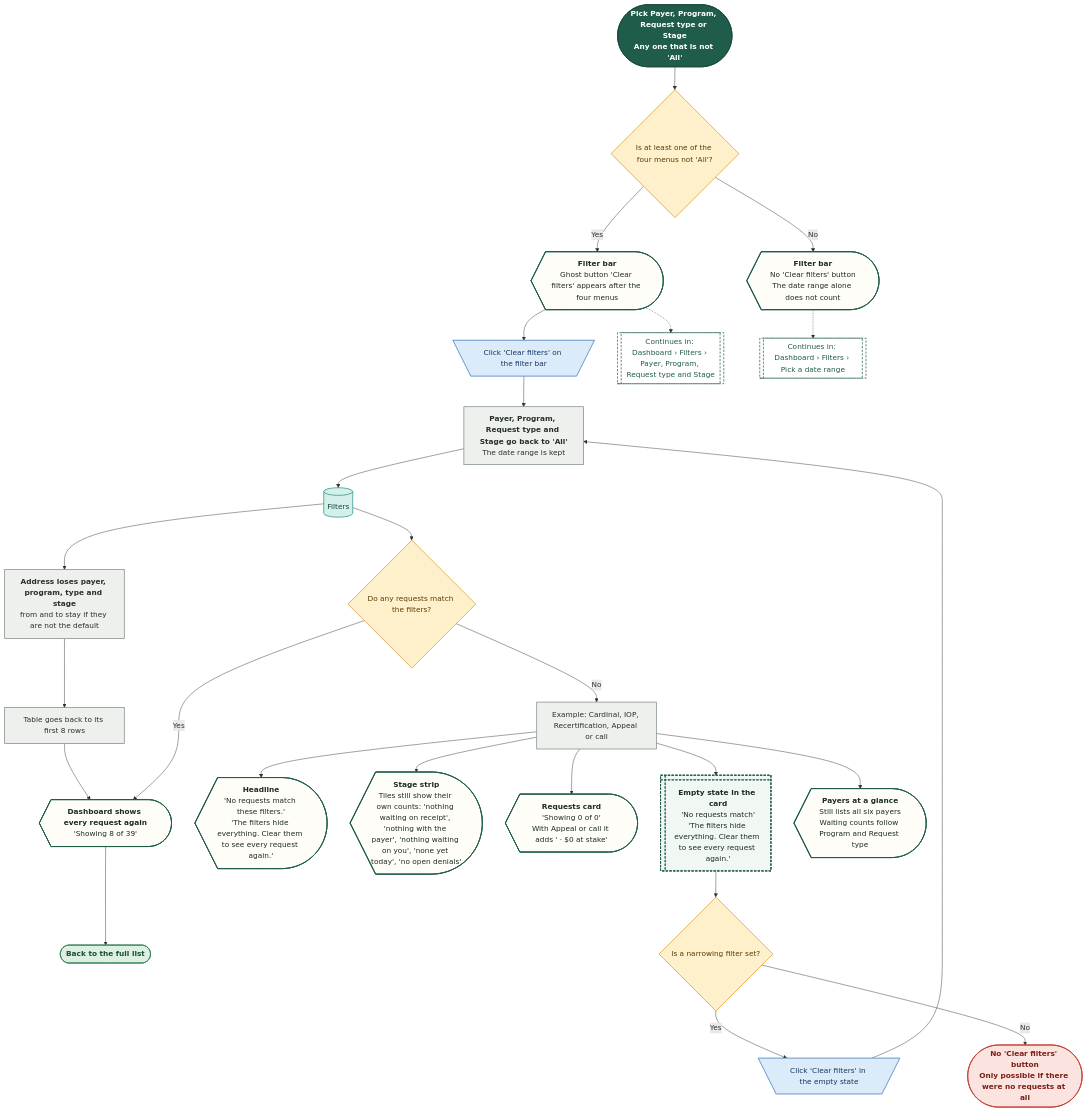
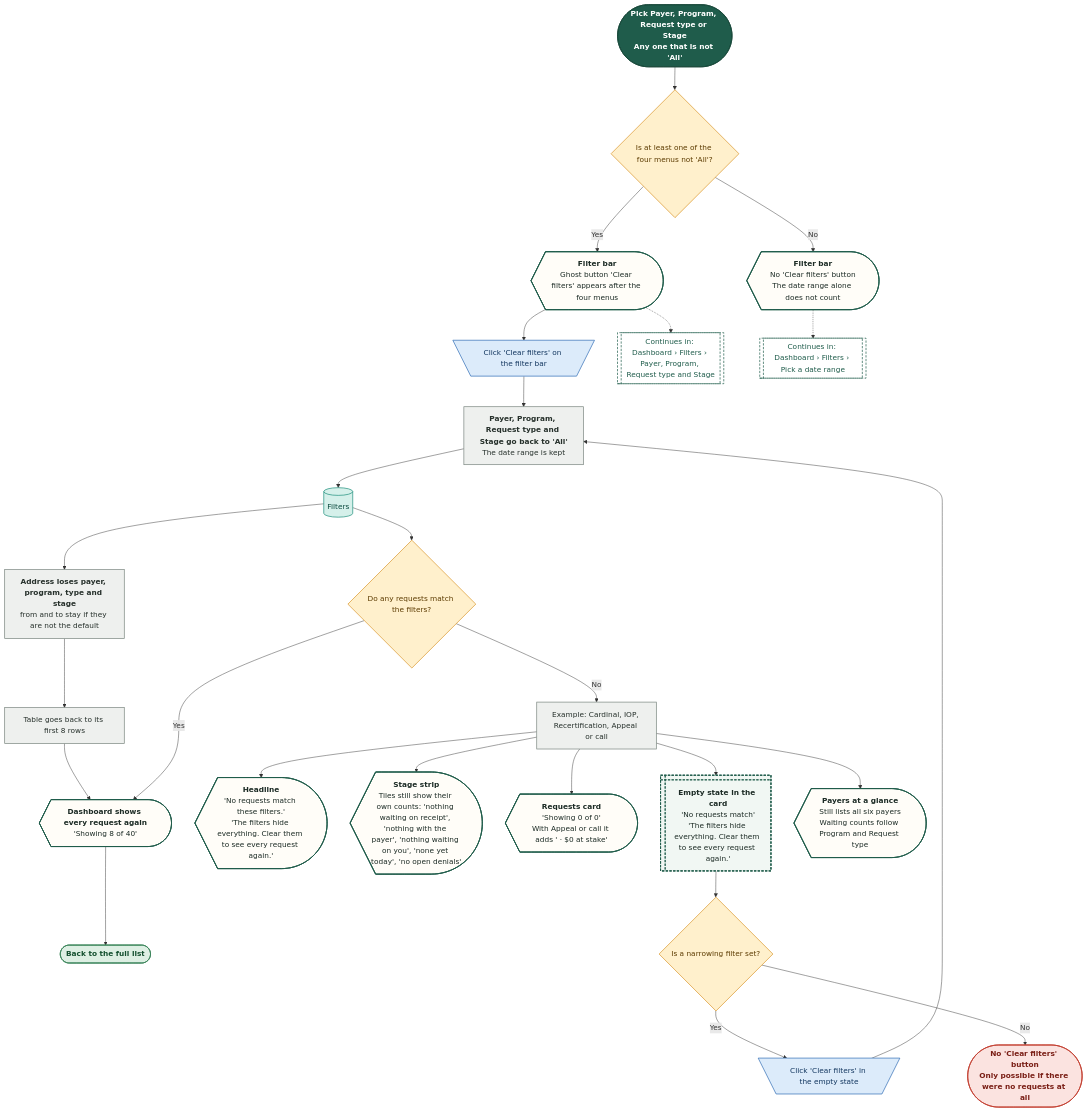
One commit to Shrav143/psyfloapp changed the seventh of 19 diagrams in demos/prior-auth-demo/workflows/out/md/02-dashboard.md. Above: the diagram before and after it, drawn with Mermaid. The commit also changed other lines of this file and 195 other files, not shown here.

First line of the commit message:
docs: Rebuild workflow diagrams after the demo fixes (220 diagrams)

````diff
--- a/demos/prior-auth-demo/workflows/out/md/02-dashboard.md
+++ b/demos/prior-auth-demo/workflows/out/md/02-dashboard.md
@@ -489,64 +508,64 @@
 ```mermaid
 %%{init: {"theme":"base","themeVariables":{"fontFamily":"'DM Sans', 'Segoe UI', system-ui, sans-serif","fontSize":"15px","lineColor":"#5B6B63","primaryTextColor":"#1C2B25","clusterBkg":"#FBF8F3","clusterBorder":"#D9CDBB","edgeLabelBackground":"#FFFFFF"},"flowchart":{"curve":"basis","nodeSpacing":36,"rankSpacing":48,"padding":12,"htmlLabels":true,"useMaxWidth":false,"wrappingWidth":230}} }%%
 flowchart TD
   classDef k_start fill:#1F5C4B,stroke:#174638,color:#FFFFFF,stroke-width:1.5px,font-weight:600
   classDef k_end fill:#DDEFE3,stroke:#2E7D4F,color:#14502F,stroke-width:1.5px,font-weight:600
   classDef k_endx fill:#FBE3E0,stroke:#C0392B,color:#7A1F16,stroke-width:1.5px,font-weight:600
   classDef k_screen fill:#FFFDF8,stroke:#1F5C4B,color:#1C2B25,stroke-width:2px
   classDef k_overlay fill:#F1F7F3,stroke:#1F5C4B,color:#1C2B25,stroke-width:2px,stroke-dasharray:5 3
   classDef k_click fill:#DCEBFA,stroke:#2F6DB5,color:#12365F,stroke-width:1.5px
   classDef k_input fill:#E4E7FF,stroke:#4C5FD5,color:#1D2670,stroke-width:1.5px
   classDef k_process fill:#EEF0EE,stroke:#7A857F,color:#26302B,stroke-width:1.5px
   classDef k_agent fill:#EEE5FA,stroke:#7A4FC2,color:#341A63,stroke-width:1.5px
   classDef k_decision fill:#FFF0CC,stroke:#D9962B,color:#5C3B00,stroke-width:1.5px
   classDef k_store fill:#D5F0EA,stroke:#1C8E7B,color:#0B4A3F,stroke-width:1.5px
   classDef k_doc fill:#F6E9DC,stroke:#B07A4C,color:#4A2E14,stroke-width:1.5px
   classDef k_ext fill:#FFE6D2,stroke:#E07B39,color:#6B2F06,stroke-width:1.5px
   classDef k_wait fill:#E4E8EE,stroke:#6B7C93,color:#26303D,stroke-width:1.5px
   classDef k_toast fill:#FFF9DB,stroke:#C9A400,color:#5A4A00,stroke-width:1.5px
   classDef k_goto fill:#FFFFFF,stroke:#1F5C4B,color:#1F5C4B,stroke-width:1.5px,stroke-dasharray:5 3
   s1@{ shape: stadium, label: "<b>Pick Payer, Program, Request type or Stage</b><br/>Any one that is not 'All'" }
   d1@{ shape: diam, label: "Is at least one of the four menus not 'All'?" }
   sc1@{ shape: curv-trap, label: "<b>Filter bar</b><br/>Ghost button 'Clear filters' appears after the four menus" }
   sc0@{ shape: curv-trap, label: "<b>Filter bar</b><br/>No 'Clear filters' button<br/>The date range alone does not count" }
   c1@{ shape: trap-t, label: "Click 'Clear filters' on the filter bar" }
   p1@{ shape: rect, label: "<b>Payer, Program, Request type and Stage go back to 'All'</b><br/>The date range is kept" }
   w1@{ shape: cyl, label: "Filters" }
   p2@{ shape: rect, label: "<b>Address loses payer, program, type and stage</b><br/>from and to stay if they are not the default" }
   p3@{ shape: rect, label: "Table goes back to its first 8 rows" }
-  sc2@{ shape: curv-trap, label: "<b>Dashboard shows every request again</b><br/>'Showing 8 of 39'" }
+  sc2@{ shape: curv-trap, label: "<b>Dashboard shows every request again</b><br/>'Showing 8 of 40'" }
   e1@{ shape: stadium, label: "Back to the full list" }
   d2@{ shape: diam, label: "Do any requests match the filters?" }
   p4@{ shape: rect, label: "Example: Cardinal, IOP, Recertification, Appeal or call" }
   em1@{ shape: curv-trap, label: "<b>Headline</b><br/>'No requests match these filters.'<br/>'The filters hide everything. Clear them to see every request again.'" }
   em2@{ shape: curv-trap, label: "<b>Stage strip</b><br/>Tiles still show their own counts: 'nothing waiting on receipt', 'nothing with the payer', 'nothing waiting on you', 'none yet today', 'no open denials'" }
   em3@{ shape: curv-trap, label: "<b>Requests card</b><br/>'Showing 0 of 0'<br/>With Appeal or call it adds ' · $0 at stake'" }
   em4@{ shape: win-pane, label: "<b>Empty state in the card</b><br/>'No requests match'<br/>'The filters hide everything. Clear them to see every request again.'" }
   d3@{ shape: diam, label: "Is a narrowing filter set?" }
   c2@{ shape: trap-t, label: "Click 'Clear filters' in the empty state" }
   em5@{ shape: curv-trap, label: "<b>Payers at a glance</b><br/>Still lists all six payers<br/>Waiting counts follow Program and Request type" }
   x1@{ shape: stadium, label: "<b>No 'Clear filters' button</b><br/>Only possible if there were no requests at all" }
   g1@{ shape: subproc, label: "Continues in: Dashboard › Filters › Payer, Program, Request type and Stage" }
   g2@{ shape: subproc, label: "Continues in: Dashboard › Filters › Pick a date range" }
   s1 --> d1
   d1 -->|"Yes"| sc1 --> c1 --> p1 --> w1 --> p2 --> p3 --> sc2 --> e1
   d1 -->|"No"| sc0 -.-> g2
   w1 --> d2
   d2 -->|"Yes"| sc2
   d2 -->|"No"| p4
   p4 --> em1 & em2 & em3 & em4 & em5
   em4 --> d3
   d3 -->|"Yes"| c2 --> p1
   d3 -->|"No"| x1
   sc1 -.-> g1
   class s1 k_start
   class d1,d2,d3 k_decision
   class sc1,sc0,sc2,em1,em2,em3,em5 k_screen
   class c1,c2 k_click
   class p1,p2,p3,p4 k_process
   class w1 k_store
   class e1 k_end
   class em4 k_overlay
   class x1 k_endx
   class g1,g2 k_goto
 ```
````
